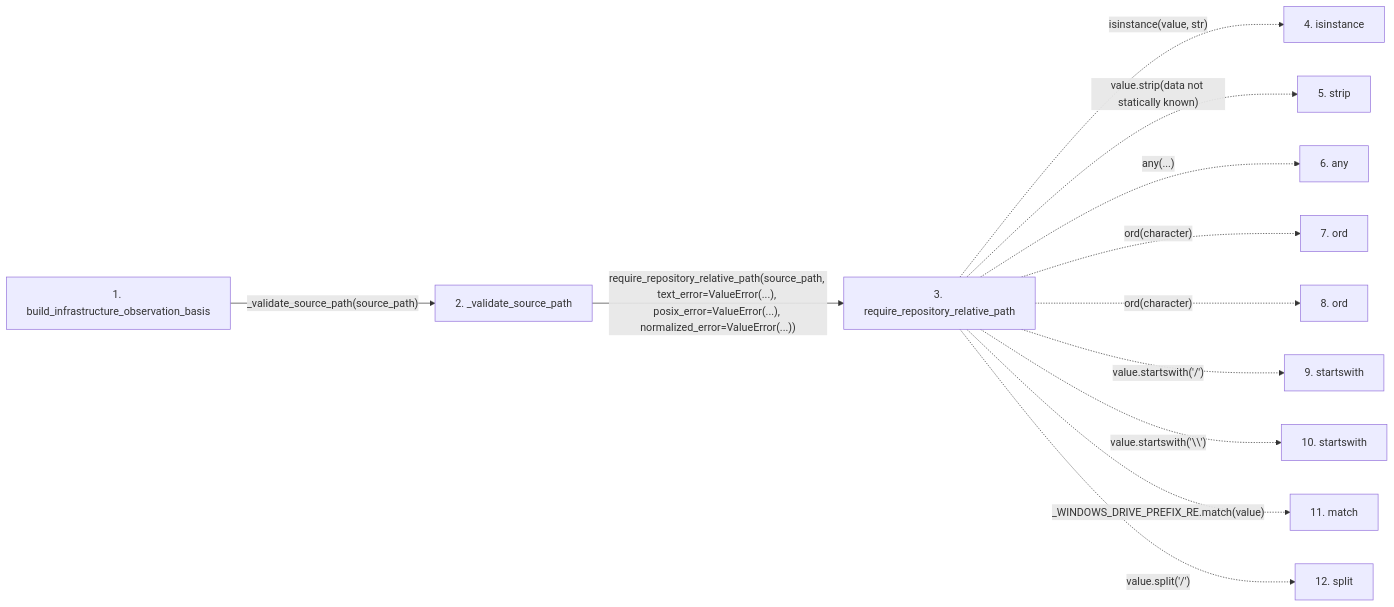
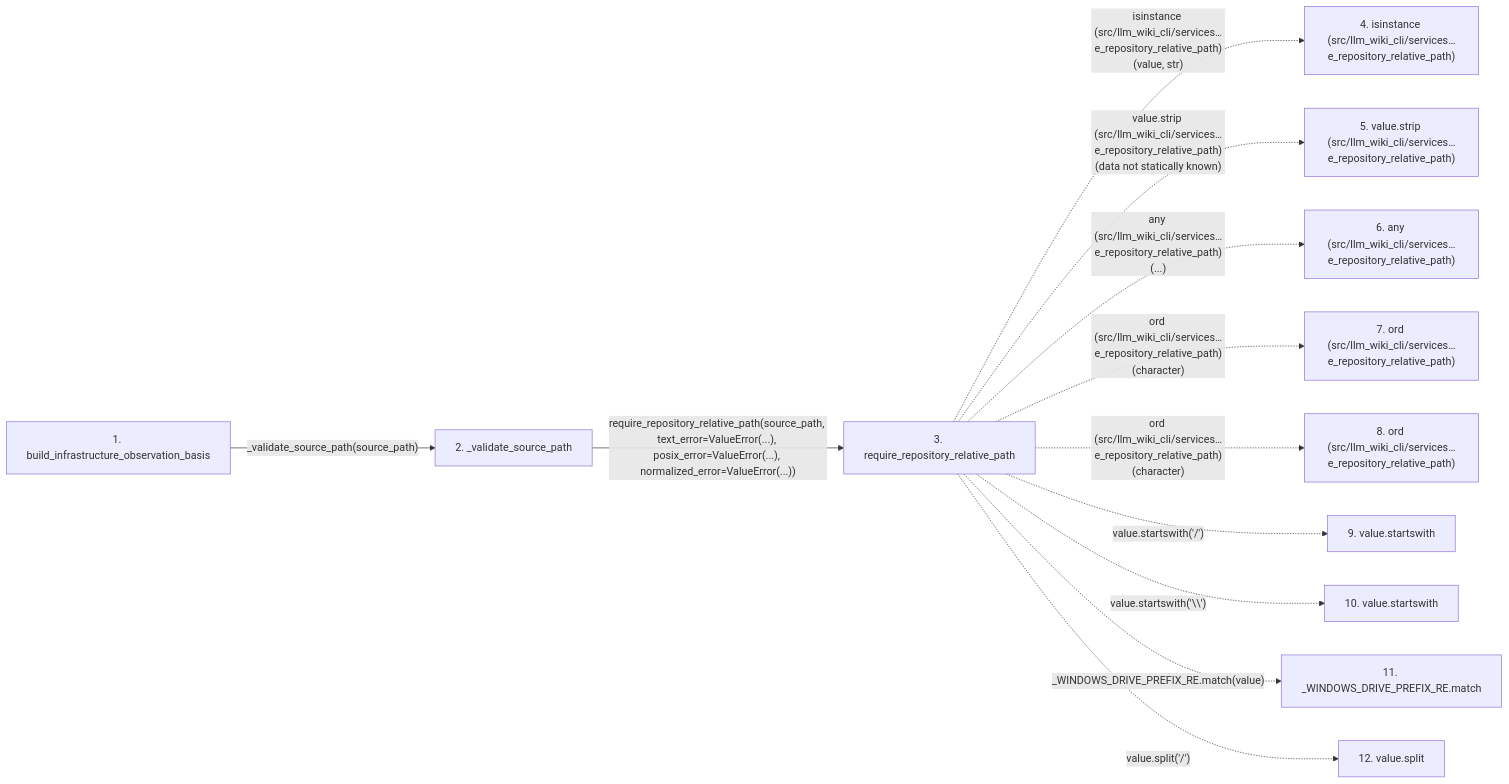
Before and after one commit to Denissvgn/python-wiki-llm: the second of 2 diagrams in docs/llm_wiki/flows/api-build_infrastructure_observation_basis.md, drawn with Mermaid. The commit also changed other lines of this file and 719 other files, not shown here.

````diff
--- a/docs/llm_wiki/flows/api-build_infrastructure_observation_basis.md
+++ b/docs/llm_wiki/flows/api-build_infrastructure_observation_basis.md
@@ -68,29 +71,29 @@
 ```mermaid
 flowchart LR
     s1["1. build_infrastructure_observation_basis"]
     s2["2. _validate_source_path"]
     s3["3. require_repository_relative_path"]
-    s4["4. isinstance"]
-    s5["5. strip"]
-    s6["6. any"]
-    s7["7. ord"]
-    s8["8. ord"]
-    s9["9. startswith"]
-    s10["10. startswith"]
-    s11["11. match"]
-    s12["12. split"]
+    s4["4. isinstance (src/llm_wiki_cli/services…e_repository_relative_path)"]
+    s5["5. value.strip (src/llm_wiki_cli/services…e_repository_relative_path)"]
+    s6["6. any (src/llm_wiki_cli/services…e_repository_relative_path)"]
+    s7["7. ord (src/llm_wiki_cli/services…e_repository_relative_path)"]
+    s8["8. ord (src/llm_wiki_cli/services…e_repository_relative_path)"]
+    s9["9. value.startswith"]
+    s10["10. value.startswith"]
+    s11["11. _WINDOWS_DRIVE_PREFIX_RE.match"]
+    s12["12. value.split"]
     s1 -->|"_validate_source_path(source_path)"| s2
     s2 -->|"require_repository_relative_path(source_path, text_error=ValueError(...), posix_error=ValueError(...), normalized_error=ValueError(...))"| s3
-    s3 -. "isinstance(value, str)" .-> s4
-    s3 -. "value.strip(data not statically known)" .-> s5
-    s3 -. "any(...)" .-> s6
-    s3 -. "ord(character)" .-> s7
-    s3 -. "ord(character)" .-> s8
+    s3 -. "isinstance (src/llm_wiki_cli/services…e_repository_relative_path)(value, str)" .-> s4
+    s3 -. "value.strip (src/llm_wiki_cli/services…e_repository_relative_path)(data not statically known)" .-> s5
+    s3 -. "any (src/llm_wiki_cli/services…e_repository_relative_path)(...)" .-> s6
+    s3 -. "ord (src/llm_wiki_cli/services…e_repository_relative_path)(character)" .-> s7
+    s3 -. "ord (src/llm_wiki_cli/services…e_repository_relative_path)(character)" .-> s8
     s3 -. "value.startswith('/')" .-> s9
     s3 -. "value.startswith('\\')" .-> s10
     s3 -. "_WINDOWS_DRIVE_PREFIX_RE.match(value)" .-> s11
     s3 -. "value.split('/')" .-> s12
     click s1 "../modules/knowledge_evidence.md"
     click s2 "../modules/knowledge_evidence.md"
     click s3 "../modules/validation.md"
 ```
````
